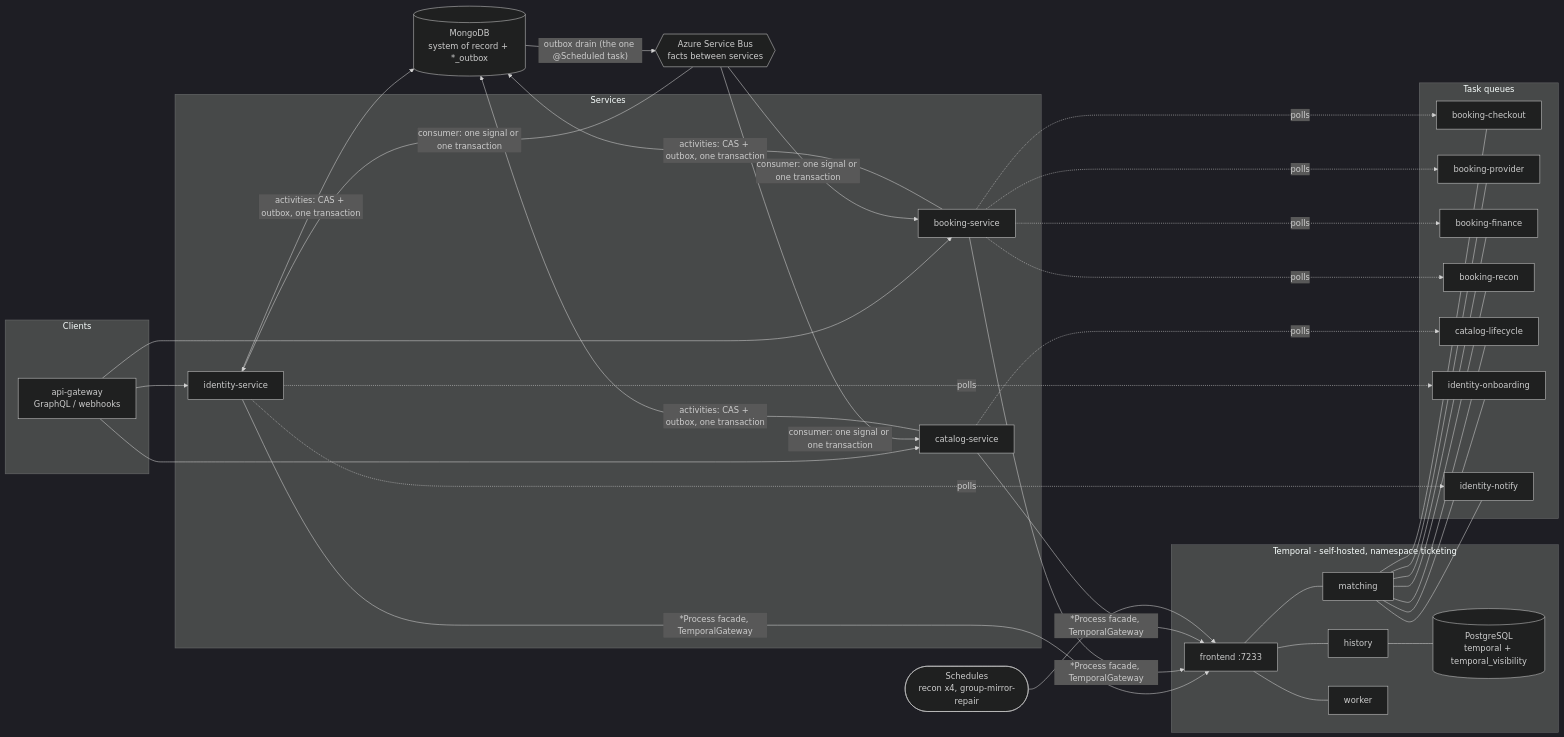
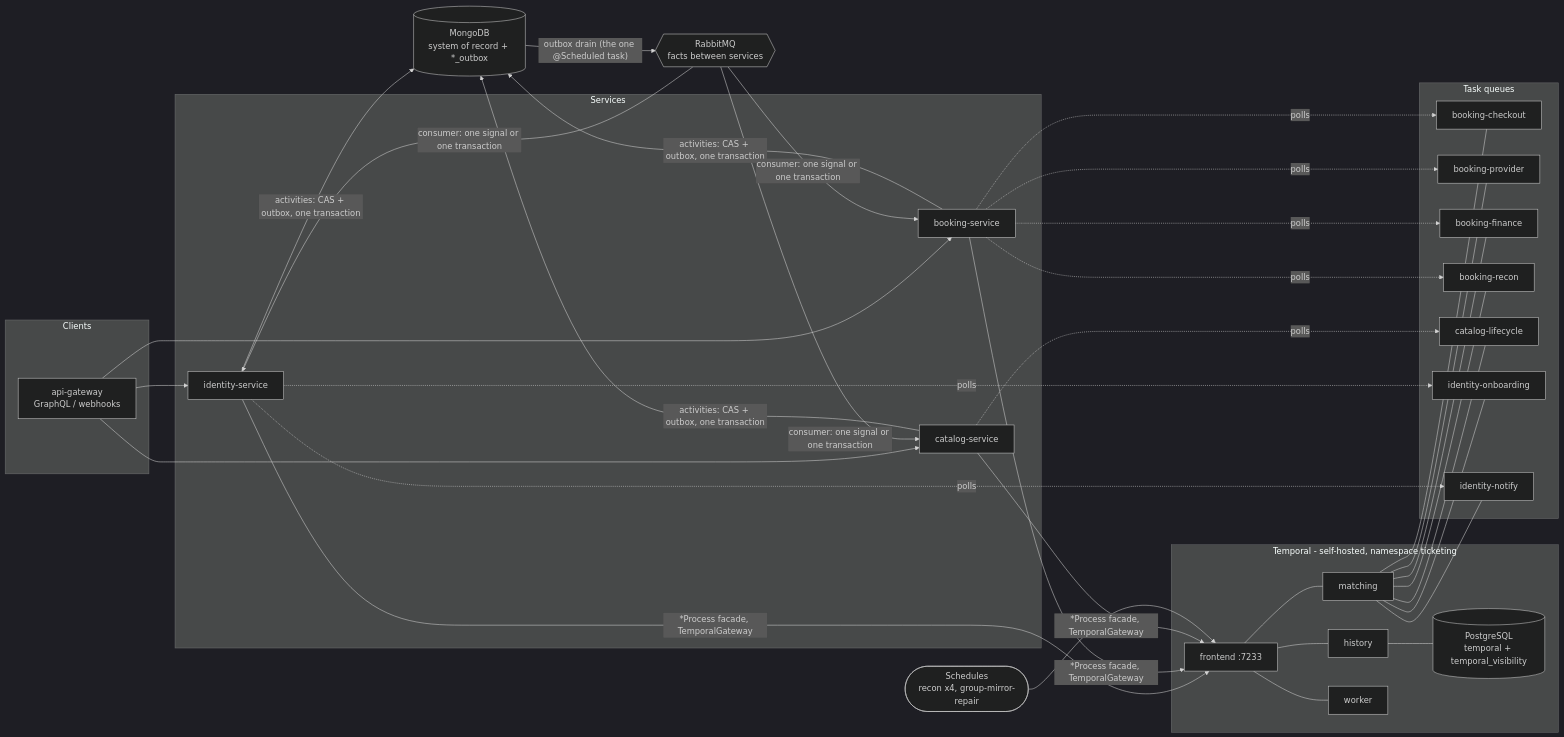
The diagram in docs/architecture/DURABLE_EXECUTION.md (Lsinkololwe/ticketing-system), drawn with Mermaid (dark theme) before and after one commit. The commit also changed other lines of this file and 396 other files, not shown here.

First line of the commit message:
removed azure service bus

````diff
--- a/docs/architecture/DURABLE_EXECUTION.md
+++ b/docs/architecture/DURABLE_EXECUTION.md
@@ -10,47 +10,47 @@
 ```mermaid
 flowchart LR
   subgraph Clients
     GW[api-gateway<br/>GraphQL / webhooks]
   end
 
   subgraph Services
     ID[identity-service]
     BK[booking-service]
     CT[catalog-service]
   end
 
   subgraph TemporalLayer[Temporal - self-hosted, namespace ticketing]
     FE[frontend :7233]
     HI[history]
     MA[matching]
     WK[worker]
     PG[(PostgreSQL<br/>temporal + temporal_visibility)]
     FE --- HI & MA & WK
     HI --- PG
   end
 
   subgraph TQ[Task queues]
     Q1[booking-checkout]
     Q2[booking-provider]
     Q3[booking-finance]
     Q4[booking-recon]
     Q5[catalog-lifecycle]
     Q6[identity-onboarding]
     Q7[identity-notify]
   end
 
   MDB[(MongoDB<br/>system of record + *_outbox)]
-  SB{{Azure Service Bus<br/>facts between services}}
+  SB{{RabbitMQ<br/>facts between services}}
   SCH([Schedules<br/>recon x4, group-mirror-repair])
 
   GW --> ID & BK & CT
   ID & BK & CT -- "*Process facade, TemporalGateway" --> FE
   SCH --> FE
   MA --- Q1 & Q2 & Q3 & Q4 & Q5 & Q6 & Q7
   BK -. polls .-> Q1 & Q2 & Q3 & Q4
   CT -. polls .-> Q5
   ID -. polls .-> Q6 & Q7
   ID & BK & CT -- "activities: CAS + outbox, one transaction" --> MDB
   MDB -- "outbox drain (the one @Scheduled task)" --> SB
   SB -- "consumer: one signal or one transaction" --> ID & BK & CT
 ```
````
